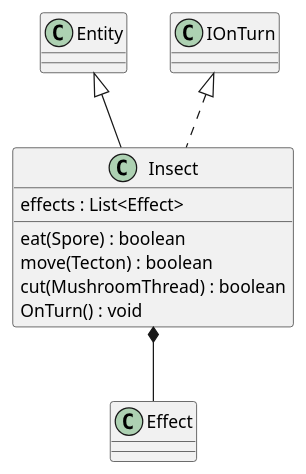
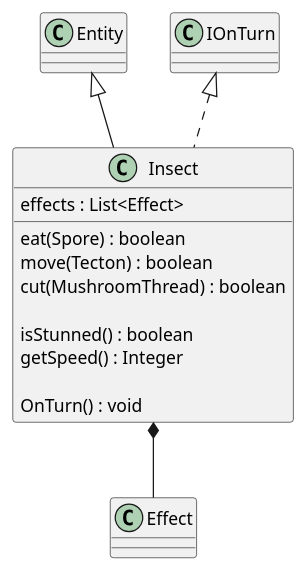
One commit to Petya-G/fungorium changed the diagram in 3/classes/insect.puml. Above: the diagram before and after it, drawn with PlantUML. The commit also changed 2 other files, not shown here.

```diff
--- a/3/classes/insect.puml
+++ b/3/classes/insect.puml
@@ -1,14 +1,18 @@
 @startuml insect
 
 Entity <|-- Insect
 Insect *-- Effect
 
 IOnTurn <|.. Insect
 class Insect{
     effects : List<Effect>
     eat(Spore) : boolean
     move(Tecton) : boolean
     cut(MushroomThread) : boolean
+
+    isStunned() : boolean
+    getSpeed() : Integer
+
     OnTurn() : void
 }
 @enduml
```
